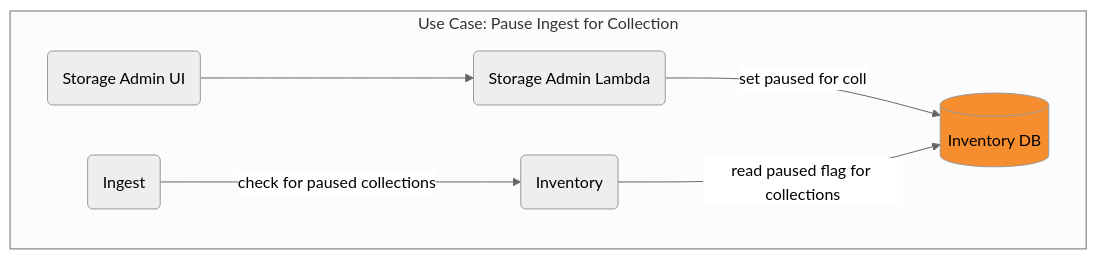
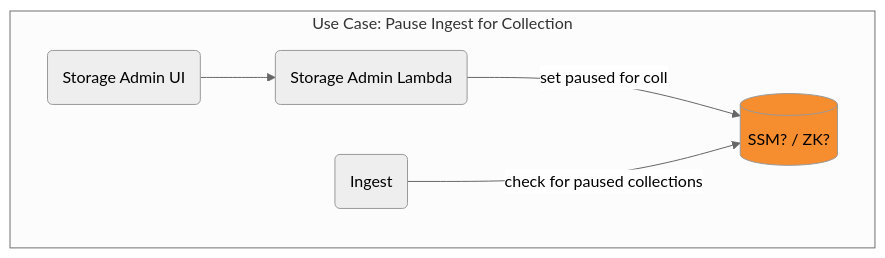
Before and after one commit to CDLUC3/mrt-doc: the diagram in diagrams/store-admin-pause-ing-for-coll.mmd, drawn with Mermaid. The commit also changed 8 other files, not shown here.

```diff
--- a/diagrams/store-admin-pause-ing-for-coll.mmd
+++ b/diagrams/store-admin-pause-ing-for-coll.mmd
@@ -1,16 +1,14 @@
 %%{init: {'theme': 'neutral', 'securityLevel': 'loose'}}%%
 graph TD
   SAUI("Storage Admin UI")
   SA("Storage Admin Lambda")
-  RDS[(Inventory DB)]
-  INV(Inventory)
+  TBD[(SSM? / ZK?)]
   ING(Ingest)
 
   subgraph "Use Case: Pause Ingest for Collection"
     SAUI-->SA
-    SA-->|"set paused for coll"|RDS
-    INV-->|"read paused flag for collections"|RDS
-    ING-->|"check for paused collections"|INV
+    SA-->|"set paused for coll"|TBD
+    ING-->|"check for paused collections"|TBD
   end
 
-  style RDS fill:#F68D2F
+  style TBD fill:#F68D2F
```
